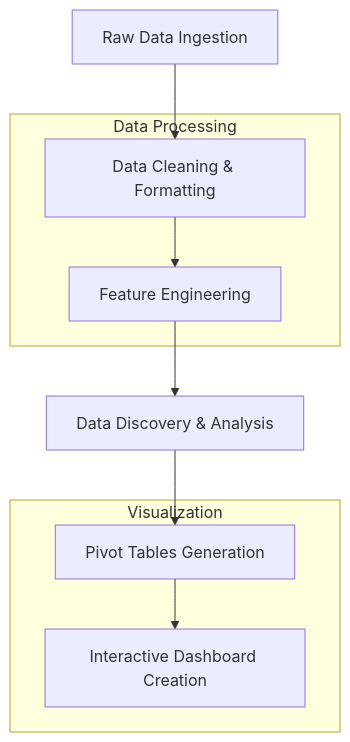
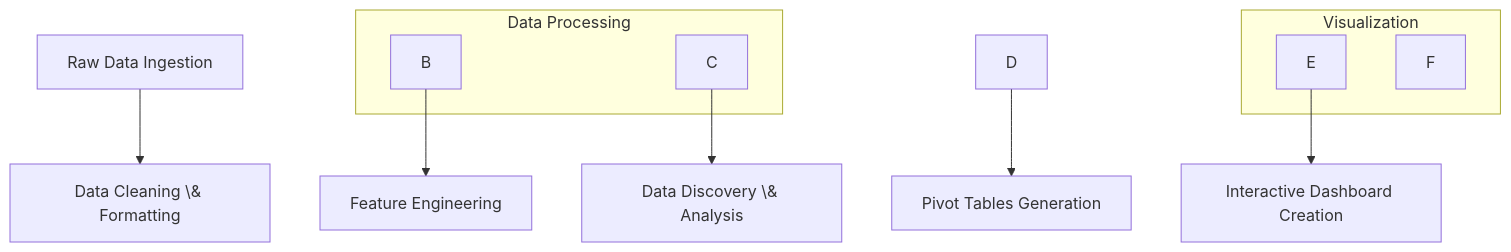
One commit to hamzaX12/Vrinda-Store-Retail-Performance-Dashboard changed the diagram in README.md. Above: the diagram before and after it, drawn with Mermaid. The commit also changed other lines of this file, not shown here.

````diff
--- a/README.md
+++ b/README.md
@@ -48,18 +52,18 @@
 ```mermaid
 graph TD;
-    A[Raw Data Ingestion] --> B[Data Cleaning & Formatting];
-    B --> C[Feature Engineering];
-    C --> D[Data Discovery & Analysis];
-    D --> E[Pivot Tables Generation];
-    E --> F[Interactive Dashboard Creation];
+    A\[Raw Data Ingestion] --> B\[Data Cleaning \& Formatting];
+    B --> C\[Feature Engineering];
+    C --> D\[Data Discovery \& Analysis];
+    D --> E\[Pivot Tables Generation];
+    E --> F\[Interactive Dashboard Creation];
     
     subgraph Data Processing
     B
     C
     end
     
     subgraph Visualization
     E
     F
     end
 ```
````
